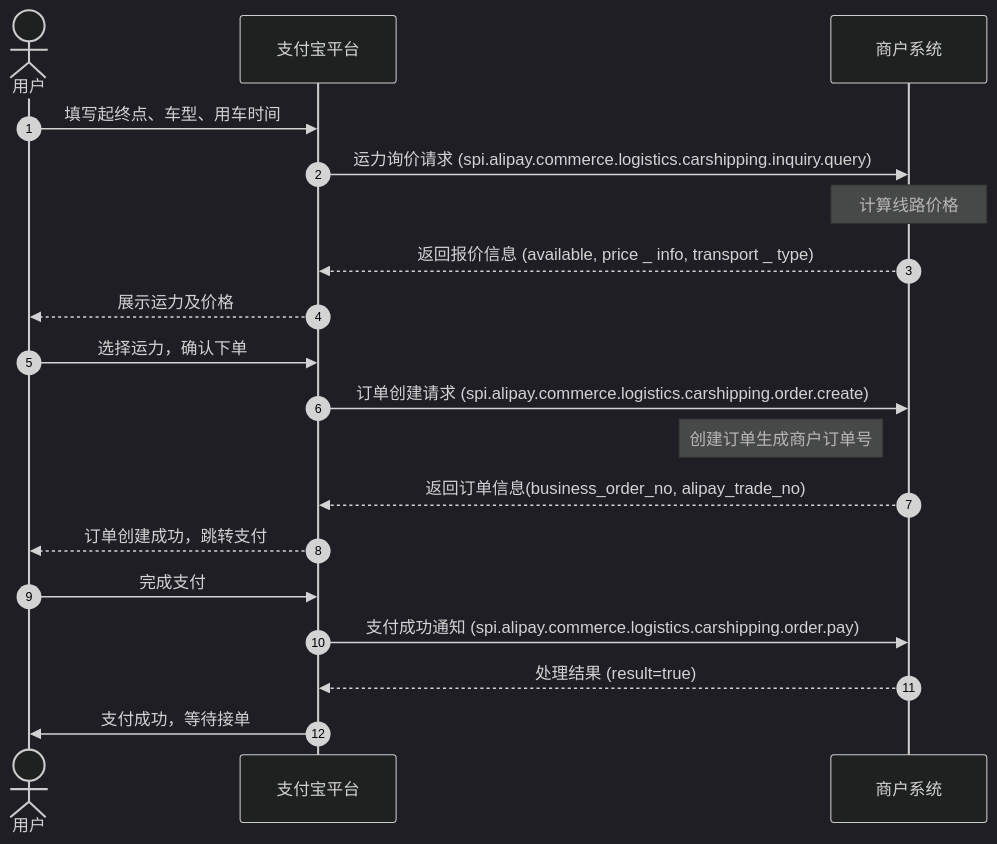
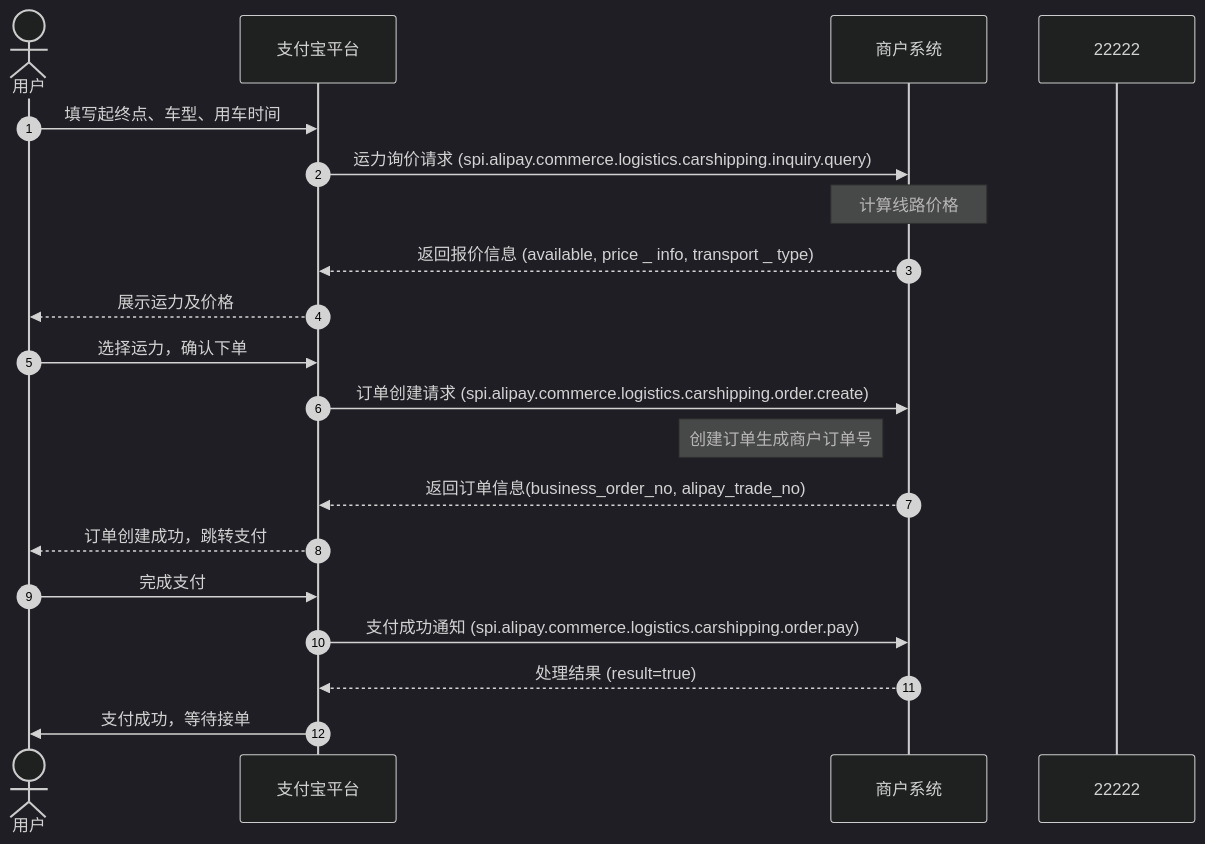
Before and after one commit to pingpm/mermaid_vault: the diagram in mmd/test_dba1b258-be6a-414c-9967-aedbcccfa44f.mmd, drawn with Mermaid (dark theme). The commit also changed 2 other files, not shown here.

Commit message:
Sync Mermaid Studio data (8 diagrams)

```diff
--- a/mmd/test_dba1b258-be6a-414c-9967-aedbcccfa44f.mmd
+++ b/mmd/test_dba1b258-be6a-414c-9967-aedbcccfa44f.mmd
@@ -1,19 +1,20 @@
 sequenceDiagram
   autonumber
   actor p0 as 用户
   participant p1 as 支付宝平台
   participant p2 as 商户系统
+  participant p3 as 22222
   p0->>p1: 填写起终点、⻋型、⽤⻋时间
   p1->>p2: 运⼒询价请求 (spi.alipay.commerce.logistics.carshipping.inquiry.query)
   Note over p2: 计算线路价格
   p2-->>p1: 返回报价信息 (available, price _ info, transport _ type)
   p1-->>p0: 展示运⼒及价格
   p0->>p1: 选择运⼒，确认下单
   p1->>p2: 订单创建请求 (spi.alipay.commerce.logistics.carshipping.order.create)
   Note left of p2: 创建订单⽣成商户订单号
   p2-->>p1: 返回订单信息(business_order_no, alipay_trade_no)
   p1-->>p0: 订单创建成功，跳转⽀付
   p0->>p1: 完成⽀付
   p1->>p2: ⽀付成功通知 (spi.alipay.commerce.logistics.carshipping.order.pay)
   p2-->>p1: 处理结果 (result=true)
   p1->>p0: ⽀付成功，等待接单
```
